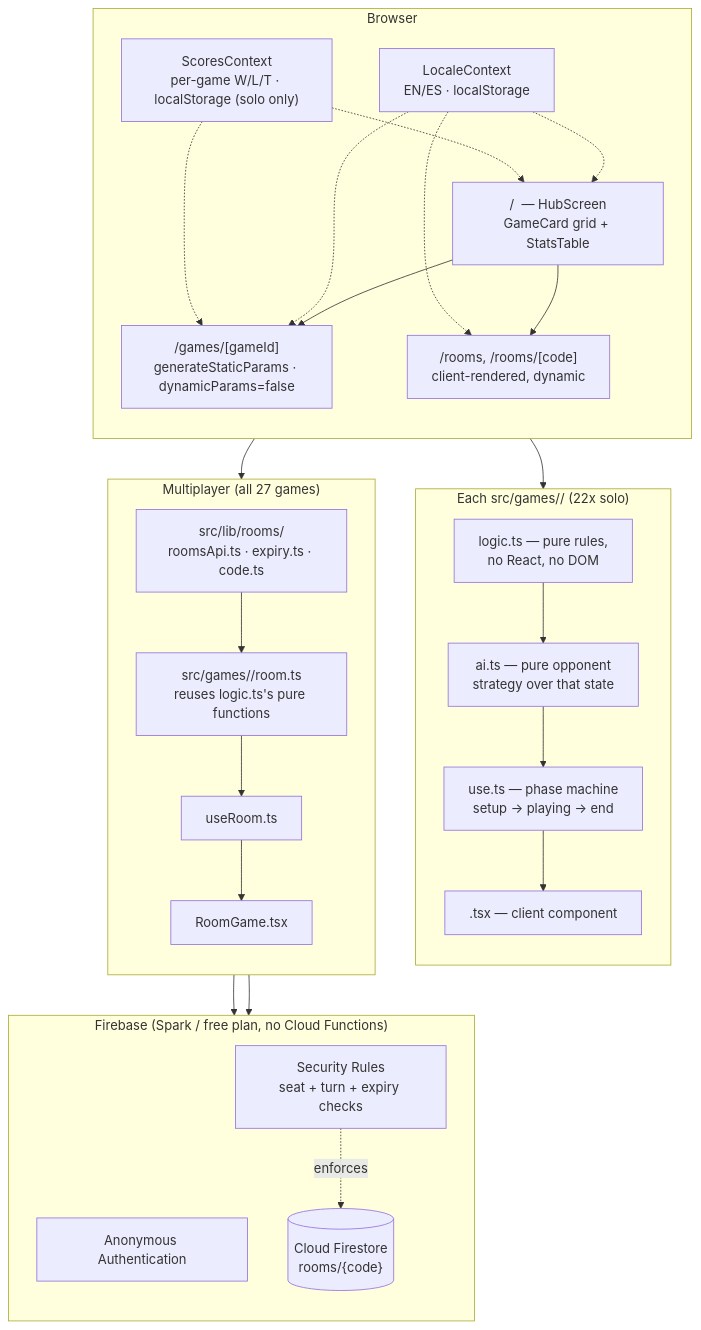
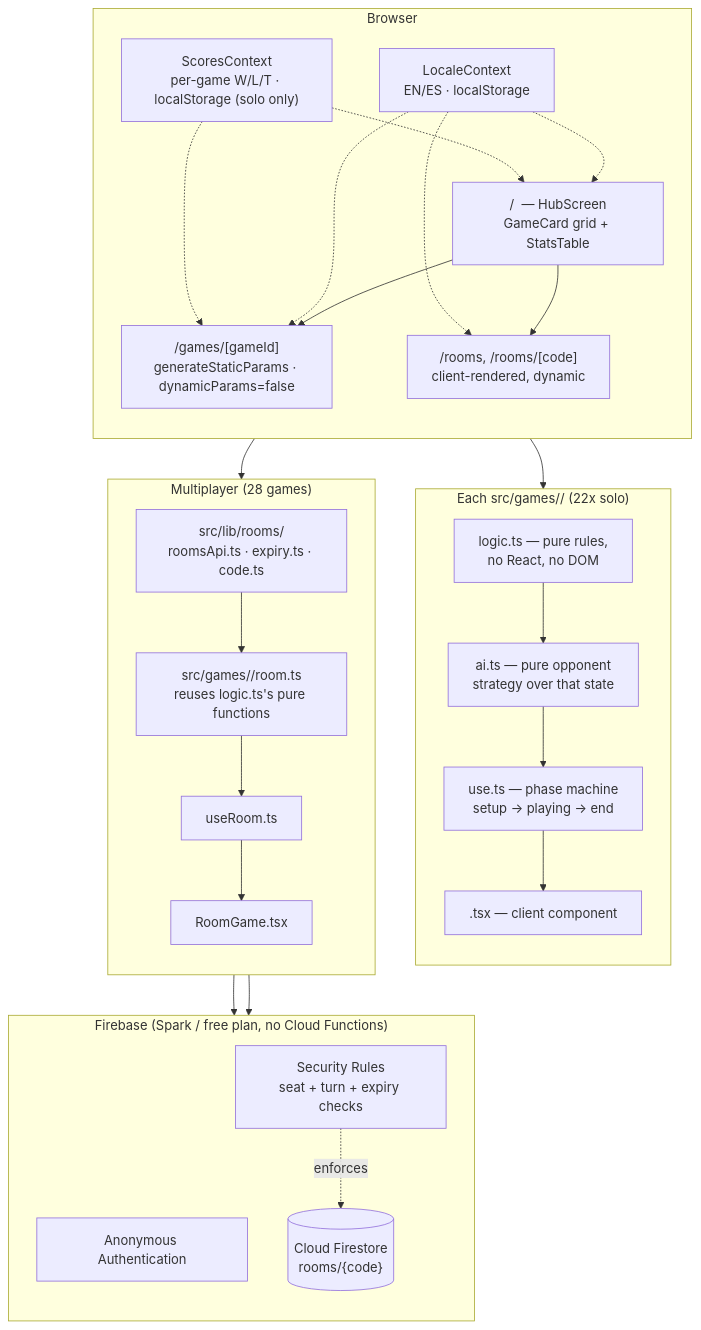
The diagram in README.md (JoanOliver04/minigame-hub), drawn with Mermaid before and after one commit. The commit also changed other lines of this file and 25 other files, not shown here.

````diff
--- a/README.md
+++ b/README.md
@@ -204,50 +206,50 @@
 ```mermaid
 flowchart TB
     subgraph Browser
         direction TB
         Hub["/  — HubScreen<br/>GameCard grid + StatsTable"]
         Game["/games/[gameId]<br/>generateStaticParams · dynamicParams=false"]
         Rooms["/rooms, /rooms/[code]<br/>client-rendered, dynamic"]
         LC["LocaleContext<br/>EN/ES · localStorage"]
         SC["ScoresContext<br/>per-game W/L/T · localStorage (solo only)"]
         Hub --> Game
         Hub --> Rooms
         LC -.-> Hub
         LC -.-> Game
         LC -.-> Rooms
         SC -.-> Hub
         SC -.-> Game
     end
 
     subgraph PerGame["Each src/games/<id>/ (22x solo)"]
         direction TB
         Logic["logic.ts — pure rules,<br/>no React, no DOM"]
         AI["ai.ts — pure opponent<br/>strategy over that state"]
         Hook["use<Name>.ts — phase machine<br/>setup → playing → end"]
         View["<Name>.tsx — client component"]
         Logic --> AI --> Hook --> View
     end
 
-    subgraph RoomLayer["Multiplayer (all 27 games)"]
+    subgraph RoomLayer["Multiplayer (28 games)"]
         direction TB
         RoomLib["src/lib/rooms/<br/>roomsApi.ts · expiry.ts · code.ts"]
         RoomGame["src/games/<id>/room.ts<br/>reuses logic.ts's pure functions"]
         RoomHook["use<Name>Room.ts"]
         RoomView["<Name>RoomGame.tsx"]
         RoomLib --> RoomGame --> RoomHook --> RoomView
     end
 
     Game --> PerGame
     Rooms --> RoomLayer
 
     subgraph Firebase["Firebase (Spark / free plan, no Cloud Functions)"]
         direction TB
         Auth["Anonymous Authentication"]
         FS[("Cloud Firestore<br/>rooms/{code}")]
         Rules["Security Rules<br/>seat + turn + expiry checks"]
     end
 
     RoomLib --> Auth
     RoomLib --> FS
     Rules -.enforces.-> FS
 ```
````
